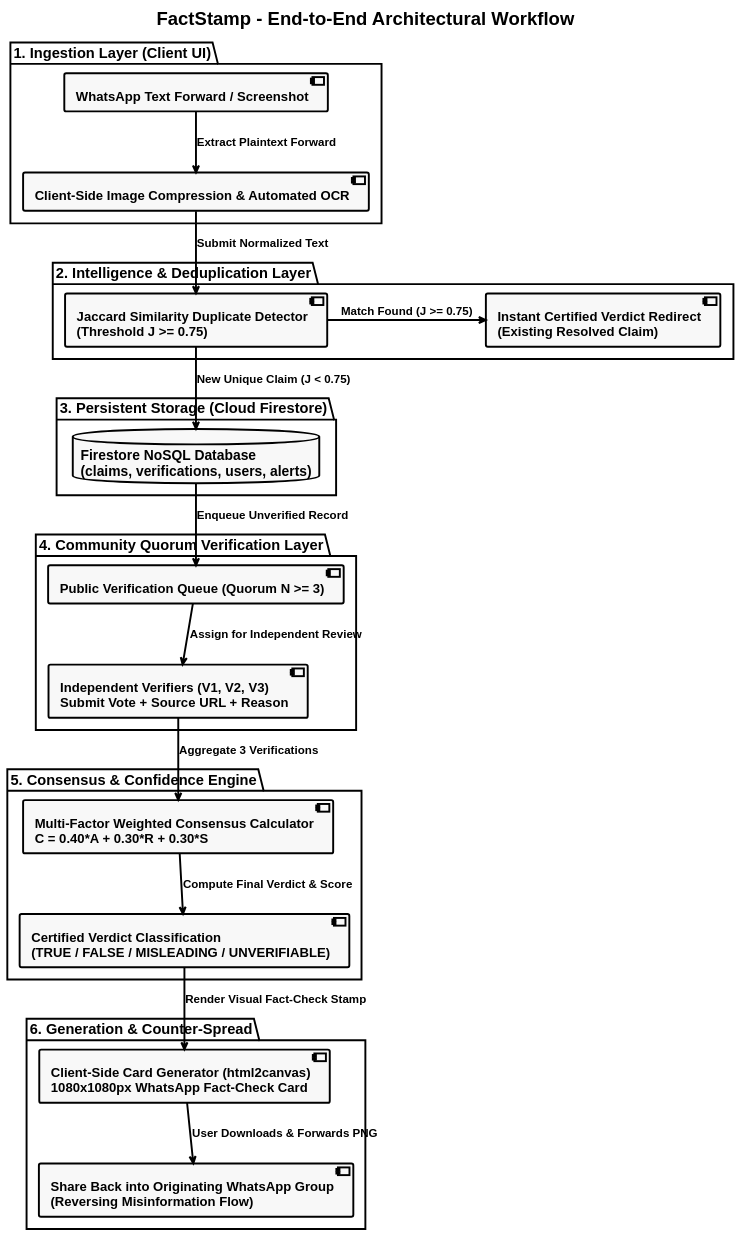
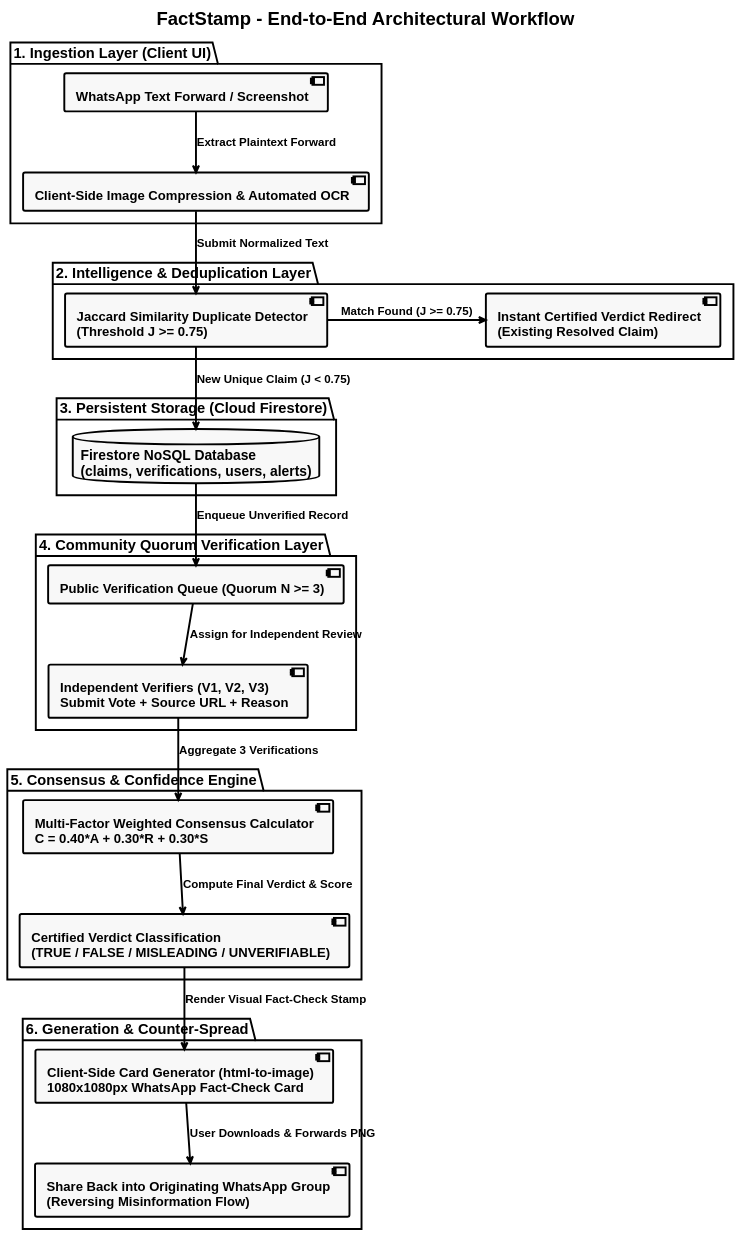
The diagram in FactStamp/Project Synopsis/attachments/system_workflow.puml (aadish0day/typst), drawn with PlantUML before and after one commit. The commit also changed 25 other files, not shown here.

First line of the commit message:
docs(factstamp): replace html2canvas with html-to-image across all chapters

```diff
--- a/FactStamp/Project Synopsis/attachments/system_workflow.puml
+++ b/FactStamp/Project Synopsis/attachments/system_workflow.puml
@@ -1,73 +1,73 @@
 @startuml
 skinparam style strictuml
 skinparam monochrome true
 skinparam defaultFontName "Liberation Sans"
 skinparam defaultFontSize 18
 skinparam defaultFontStyle bold
 skinparam titleFontSize 24
 skinparam titleFontStyle bold
 
 skinparam backgroundColor white
 skinparam ArrowColor black
 skinparam ArrowThickness 2.5
 skinparam ArrowFontSize 15
 skinparam ArrowFontStyle bold
 
 skinparam ComponentBorderColor black
 skinparam ComponentBorderThickness 2.5
 skinparam ComponentBackgroundColor #F8F9FA
 skinparam ComponentFontSize 17
 skinparam ComponentFontStyle bold
 
 skinparam PackageBorderColor black
 skinparam PackageBorderThickness 2.5
 skinparam PackageFontSize 19
 skinparam PackageFontStyle bold
 
 skinparam DatabaseBorderColor black
 skinparam DatabaseBorderThickness 2.5
 skinparam DatabaseBackgroundColor #F8F9FA
 skinparam DatabaseFontSize 18
 skinparam DatabaseFontStyle bold
 
 title FactStamp - End-to-End Architectural Workflow
 
 package "1. Ingestion Layer (Client UI)" {
   [WhatsApp Text Forward / Screenshot] as INGEST
   [Client-Side Image Compression & Automated OCR] as OCR
   INGEST -down-> OCR : Extract Plaintext Forward
 }
 
 package "2. Intelligence & Deduplication Layer" {
   [Jaccard Similarity Duplicate Detector\n(Threshold J >= 0.75)] as DEDUP
   [Instant Certified Verdict Redirect\n(Existing Resolved Claim)] as INSTANT
   OCR -down-> DEDUP : Submit Normalized Text
   DEDUP -right-> INSTANT : Match Found (J >= 0.75)
 }
 
 package "3. Persistent Storage (Cloud Firestore)" {
   database "Firestore NoSQL Database\n(claims, verifications, users, alerts)" as DB
   DEDUP -down-> DB : New Unique Claim (J < 0.75)
 }
 
 package "4. Community Quorum Verification Layer" {
   [Public Verification Queue (Quorum N >= 3)] as QUEUE
   [Independent Verifiers (V1, V2, V3)\nSubmit Vote + Source URL + Reason] as VERIFIERS
   DB -down-> QUEUE : Enqueue Unverified Record
   QUEUE -down-> VERIFIERS : Assign for Independent Review
 }
 
 package "5. Consensus & Confidence Engine" {
   [Multi-Factor Weighted Consensus Calculator\nC = 0.40*A + 0.30*R + 0.30*S] as ENGINE
   [Certified Verdict Classification\n(TRUE / FALSE / MISLEADING / UNVERIFIABLE)] as VERDICT
   VERIFIERS -down-> ENGINE : Aggregate 3 Verifications
   ENGINE -down-> VERDICT : Compute Final Verdict & Score
 }
 
 package "6. Generation & Counter-Spread" {
-  [Client-Side Card Generator (html2canvas)\n1080x1080px WhatsApp Fact-Check Card] as CARD
+  [Client-Side Card Generator (html-to-image)\n1080x1080px WhatsApp Fact-Check Card] as CARD
   [Share Back into Originating WhatsApp Group\n(Reversing Misinformation Flow)] as SHARE
   VERDICT -down-> CARD : Render Visual Fact-Check Stamp
   CARD -down-> SHARE : User Downloads & Forwards PNG
 }
 @enduml
```
